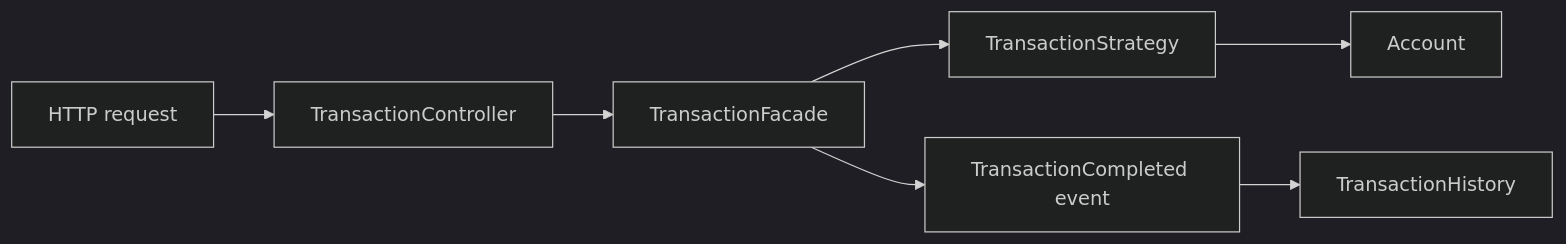
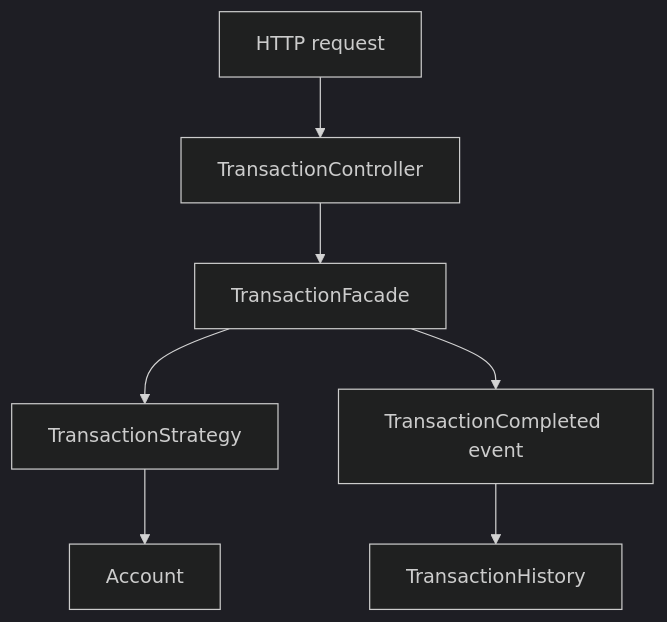
One commit to WalterMatheusgg/oficina-java changed the diagram in design-patterns-bank-api/README.md. Above: the diagram before and after it, drawn with Mermaid (dark theme).

Commit message:
Improve architecture diagram layout

````diff
--- a/design-patterns-bank-api/README.md
+++ b/design-patterns-bank-api/README.md
@@ -16,9 +16,9 @@
 ```mermaid
-flowchart LR
+flowchart TD
     A["HTTP request"] --> B["TransactionController"]
     B --> C["TransactionFacade"]
     C --> D["TransactionStrategy"]
     D --> E["Account"]
     C --> F["TransactionCompleted event"]
     F --> G["TransactionHistory"]
 ```
````
